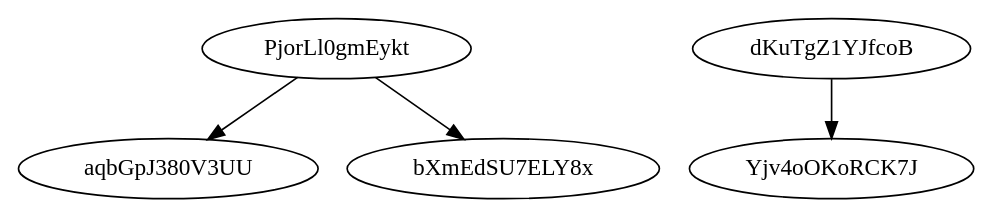
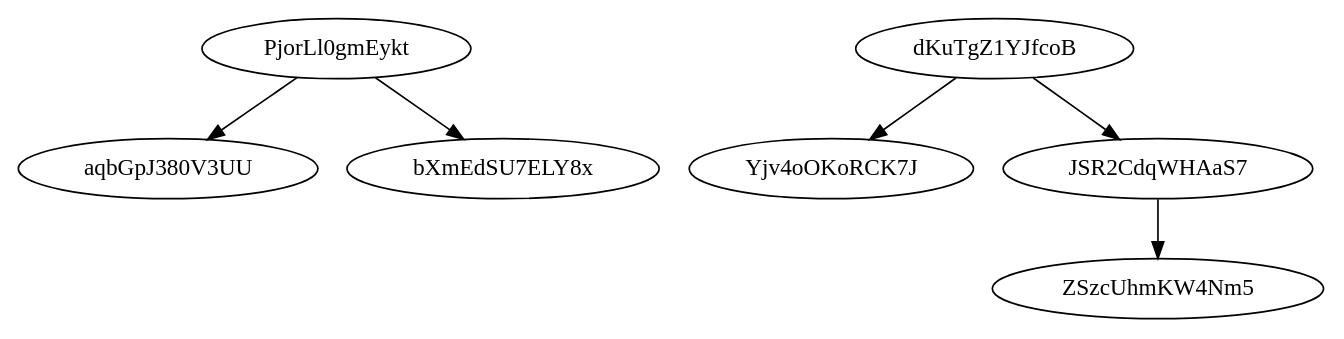
The diagram in content/graph.dot (EmaApps/banyan), drawn with Graphviz before and after one commit. The commit also changed 6 other files, not shown here.

```diff
--- a/content/graph.dot
+++ b/content/graph.dot
@@ -1,5 +1,7 @@
 digraph G {
     PjorLl0gmEykt -> aqbGpJ380V3UU;
     PjorLl0gmEykt -> bXmEdSU7ELY8x;
     dKuTgZ1YJfcoB -> Yjv4oOKoRCK7J;
+    dKuTgZ1YJfcoB -> JSR2CdqWHAaS7;
+    JSR2CdqWHAaS7 -> ZSzcUhmKW4Nm5;
 }
```
